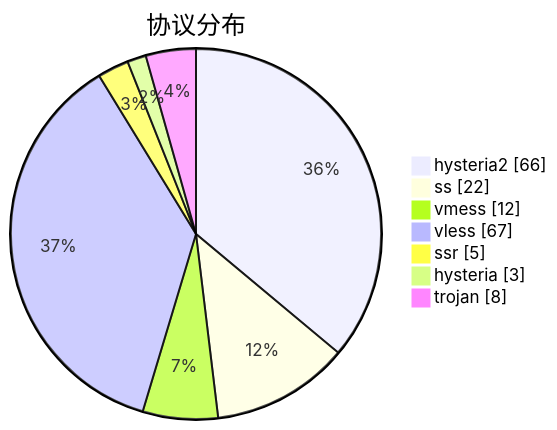
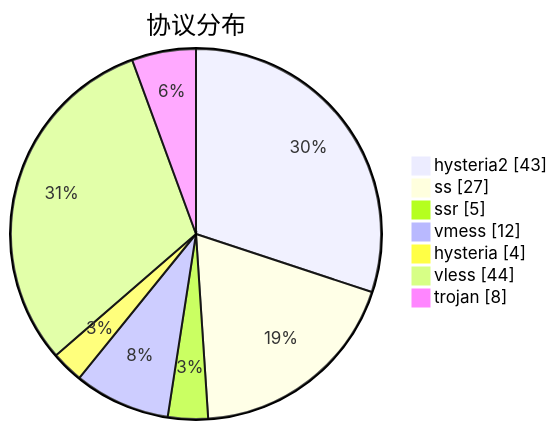
One commit to sinspired/airport changed the third of 3 diagrams in subs/statistics/tested_within.md. Above: the diagram before and after it, drawn with Mermaid. The commit also changed other lines of this file and 2 other files, not shown here.

````diff
--- a/subs/statistics/tested_within.md
+++ b/subs/statistics/tested_within.md
@@ -36,11 +34,11 @@
 ```mermaid
 pie showData
 title 协议分布
-"hysteria2" : 66
-"ss" : 22
+"hysteria2" : 43
+"ss" : 27
+"ssr" : 5
 "vmess" : 12
-"vless" : 67
-"ssr" : 5
-"hysteria" : 3
+"hysteria" : 4
+"vless" : 44
 "trojan" : 8
 ```
````
